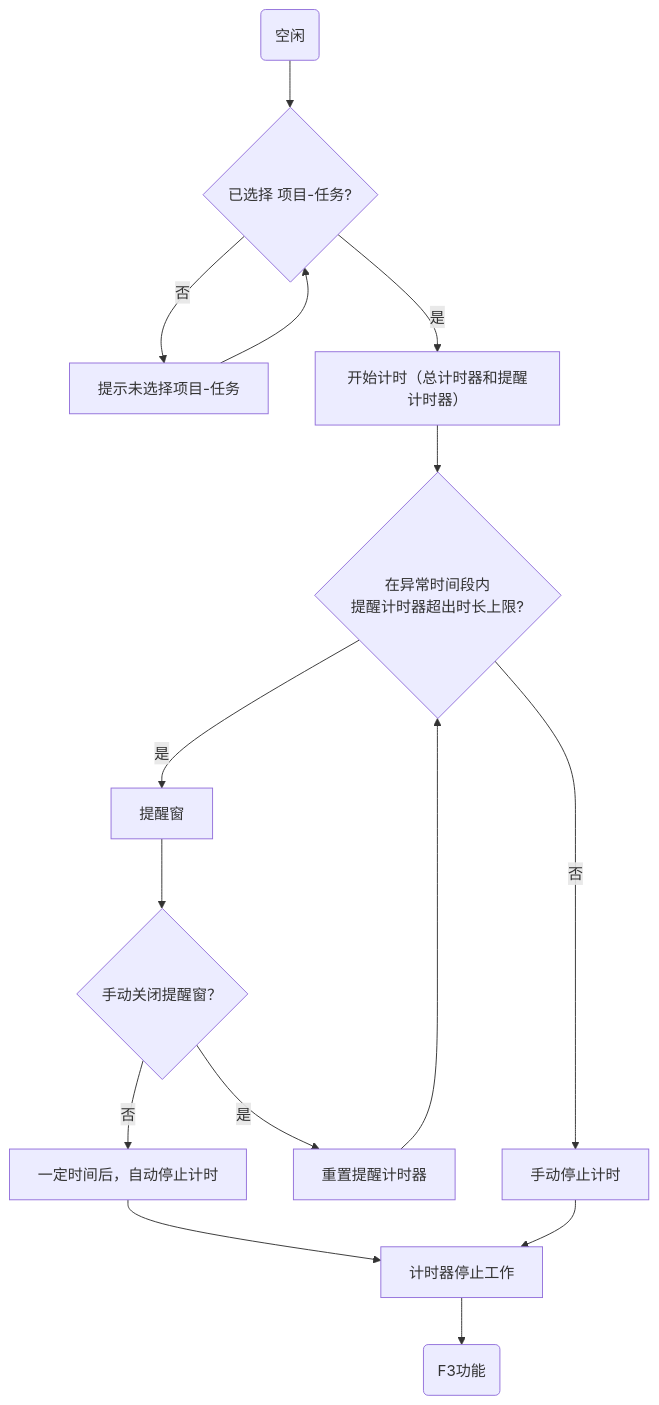
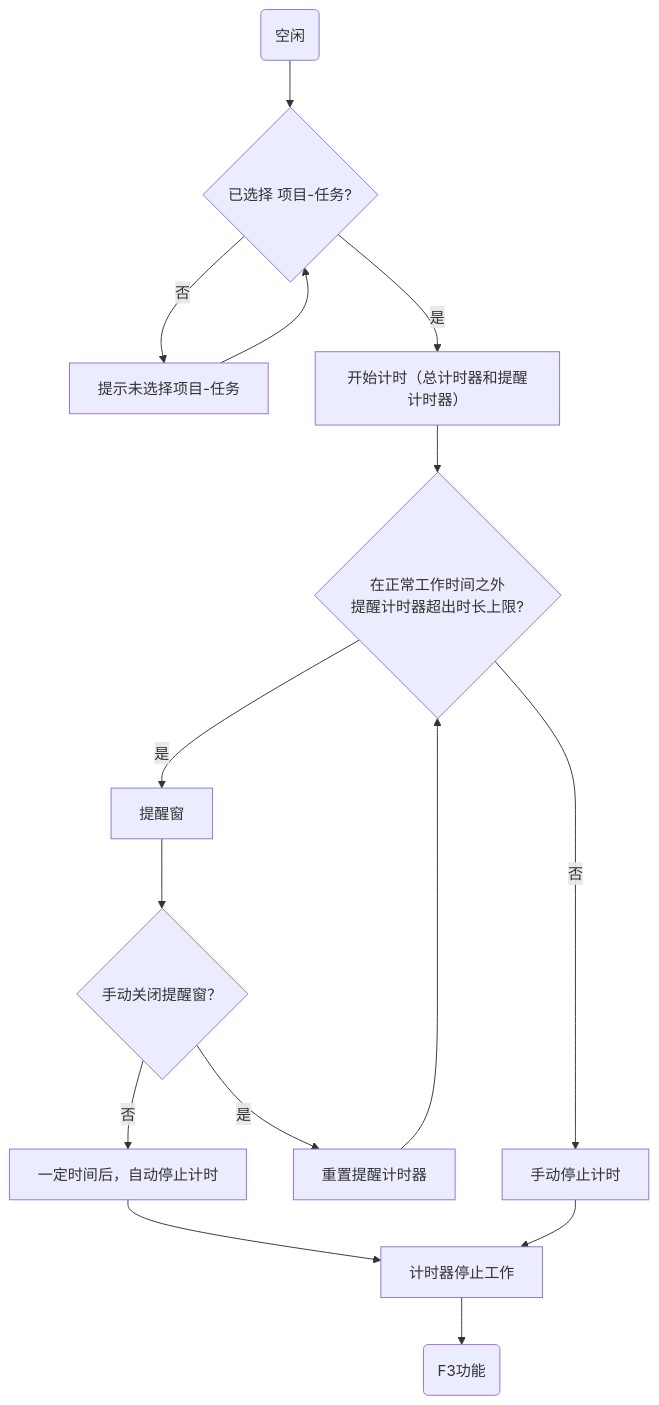
One commit to YangYuhua122121/WorkLog changed the second of 5 diagrams in worklog-PRD文档.md. Above: the diagram before and after it, drawn with Mermaid. The commit also changed other lines of this file and 1 other file, not shown here.

````diff
--- a/worklog-PRD文档.md
+++ b/worklog-PRD文档.md
@@ -204,15 +205,15 @@
 ```mermaid
 flowchart TD
     A(空闲) --> B{已选择 项目-任务?}
     B -- 否 --> C[提示未选择项目-任务] --> B
     B -- 是 --> D[开始计时（总计时器和提醒计时器）]
-    D --> E{在异常时间段内
+    D --> E{在正常工作时间之外
     提醒计时器超出时长上限?}
     E -- 否 --> F[手动停止计时]
     E -- 是 --> G[提醒窗]
     G --> J{手动关闭提醒窗？}
     J --是--> K[重置提醒计时器] --> E
     J --否--> L[一定时间后，自动停止计时] --> H
     F --> H[计时器停止工作]
     H --> I(F3功能)
 ```
````
